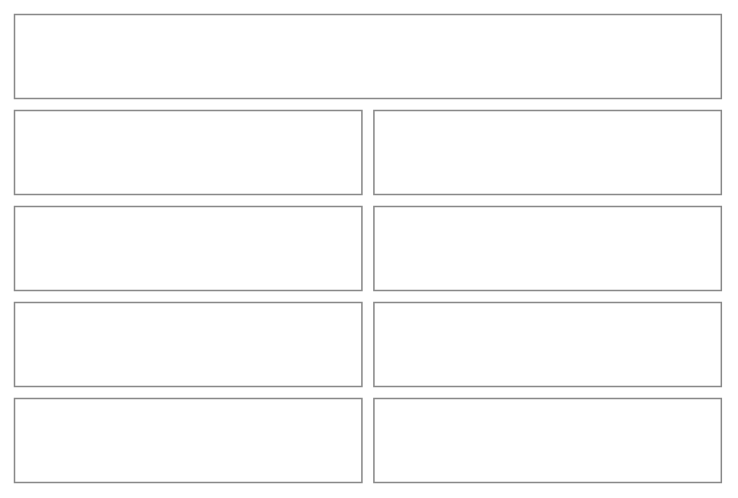
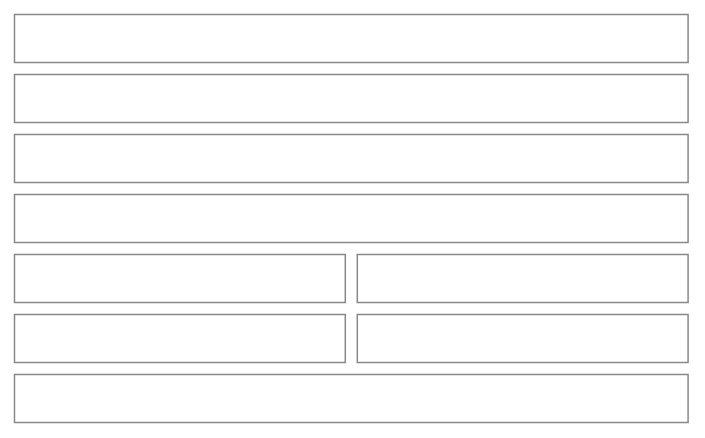
The sixth of 53 diagrams in src/apps/pinch/UX.md (NovaMoonX/moondreams-dev-apps), drawn with Mermaid before and after one commit. The commit also changed other lines of this file, not shown here.

````diff
--- a/src/apps/pinch/UX.md
+++ b/src/apps/pinch/UX.md
@@ -264,23 +260,23 @@
 ```mermaid
 %%{init: {'theme': 'base', 'themeVariables': {'primaryColor': 'transparent', 'primaryBorderColor': '#888888', 'primaryTextColor': '#333333', 'lineColor': '#888888'}}}%%
 block-beta
   columns 2
-  C1["‹   Oct 11 – 17   ›   Month [ Week ] Day   Today"]:2
-  C2["Cost this week<br/>$96.20 ⚠"]:1
-  C3["Avg per meal<br/>$5.10"]:1
-  C4["Sun 11"]:1
-  C5["—"]:1
-  C6["Tue 13 ●"]:1
-  C7["🍳 Oats · 🍝 Adobo chicken +1"]:1
-  C8["Wed 14"]:1
-  C9["🥪 Burrito bowl"]:1
+  C1["‹   Oct 15 – 21   ›   Month [ Week ]"]:2
+  C2["Next 7 days · 20 meals              $5.05 so far ⚠ ›"]:2
+  C3["Earlier this week · 3 meals   ⌄"]:2
+  C4["( Today ) ›            +"]:2
+  C5["🍳 Banana · Breakfast"]:1
+  C6["No price yet"]:1
+  C7["🍝 Adobo chicken +1 · Dinner"]:1
+  C8["$0.15+"]:1
+  C9["Tomorrow ›             +"]:2
   style C1 fill:transparent,stroke:#888888,stroke-width:1px;
   style C2 fill:transparent,stroke:#888888,stroke-width:1px;
   style C3 fill:transparent,stroke:#888888,stroke-width:1px;
   style C4 fill:transparent,stroke:#888888,stroke-width:1px;
   style C5 fill:transparent,stroke:#888888,stroke-width:1px;
   style C6 fill:transparent,stroke:#888888,stroke-width:1px;
   style C7 fill:transparent,stroke:#888888,stroke-width:1px;
   style C8 fill:transparent,stroke:#888888,stroke-width:1px;
   style C9 fill:transparent,stroke:#888888,stroke-width:1px;
 ```
````
